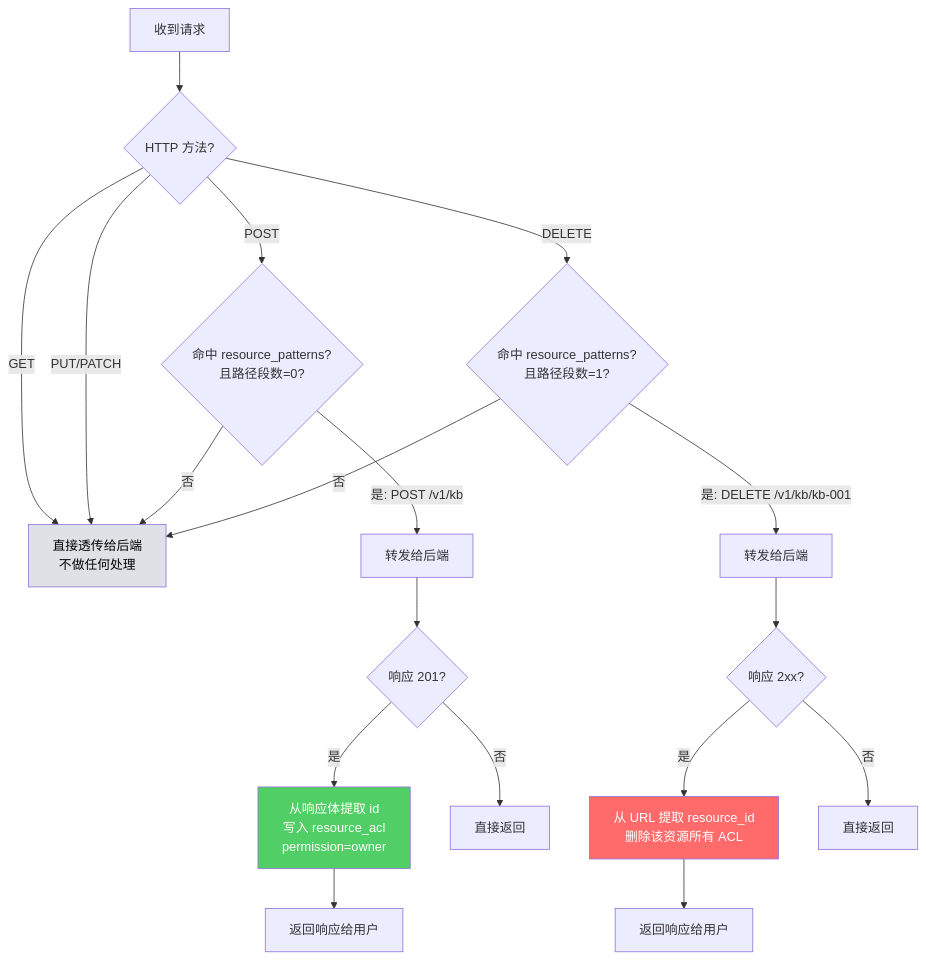
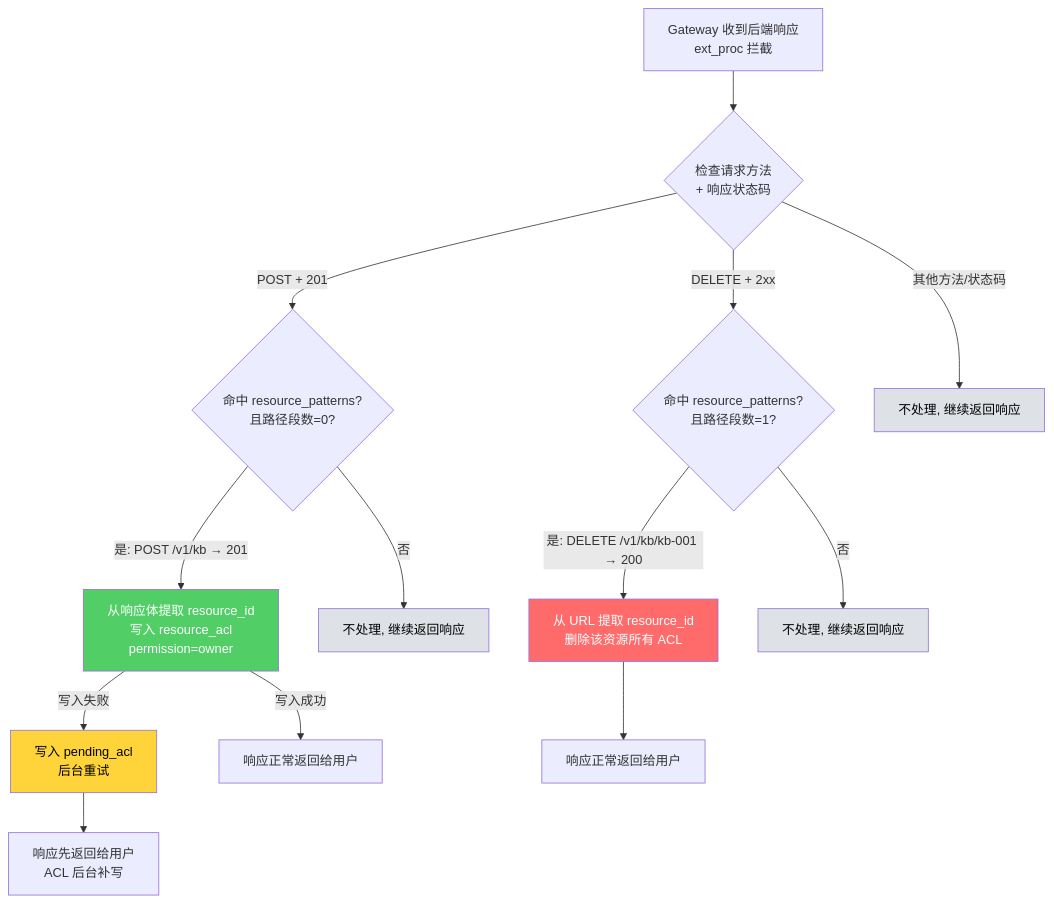
Before and after one commit to xiewanchao/aidp-iam: the seventh of 10 diagrams in diagrams/component-responsibility.md, drawn with Mermaid. The commit also changed other lines of this file and 5 other files, not shown here.

````diff
--- a/diagrams/component-responsibility.md
+++ b/diagrams/component-responsibility.md
@@ -289,28 +327,26 @@
 ```mermaid
 flowchart TD
-    REQ[收到请求] --> METHOD{HTTP 方法?}
+    RESP[Gateway 收到后端响应<br/>ext_proc 拦截] --> CHECK{检查请求方法<br/>+ 响应状态码}
 
-    METHOD -->|GET| FWD1[直接透传给后端<br/>不做任何处理]
-    METHOD -->|PUT/PATCH| FWD1
+    CHECK -->|POST + 201| MATCH_POST{命中 resource_patterns?<br/>且路径段数=0?}
+    MATCH_POST -->|是: POST /v1/kb → 201| CREATE[从响应体提取 resource_id<br/>写入 resource_acl<br/>permission=owner]
+    MATCH_POST -->|否| SKIP1[不处理, 继续返回响应]
 
-    METHOD -->|POST| MATCH_POST{命中 resource_patterns?<br/>且路径段数=0?}
-    MATCH_POST -->|是: POST /v1/kb| FWD2[转发给后端]
-    MATCH_POST -->|否| FWD1
-    FWD2 --> STATUS1{响应 201?}
-    STATUS1 -->|是| CREATE[从响应体提取 id<br/>写入 resource_acl<br/>permission=owner]
-    STATUS1 -->|否| RETURN1[直接返回]
+    CHECK -->|DELETE + 2xx| MATCH_DEL{命中 resource_patterns?<br/>且路径段数=1?}
+    MATCH_DEL -->|是: DELETE /v1/kb/kb-001 → 200| DELETE_ACL[从 URL 提取 resource_id<br/>删除该资源所有 ACL]
+    MATCH_DEL -->|否| SKIP2[不处理, 继续返回响应]
 
-    METHOD -->|DELETE| MATCH_DEL{命中 resource_patterns?<br/>且路径段数=1?}
-    MATCH_DEL -->|是: DELETE /v1/kb/kb-001| FWD3[转发给后端]
-    MATCH_DEL -->|否| FWD1
-    FWD3 --> STATUS2{响应 2xx?}
-    STATUS2 -->|是| DELETE_ACL[从 URL 提取 resource_id<br/>删除该资源所有 ACL]
-    STATUS2 -->|否| RETURN2[直接返回]
+    CHECK -->|其他方法/状态码| SKIP3[不处理, 继续返回响应]
 
-    CREATE --> RETURN3[返回响应给用户]
-    DELETE_ACL --> RETURN4[返回响应给用户]
+    CREATE -->|写入失败| PENDING[写入 pending_acl<br/>后台重试]
+    CREATE -->|写入成功| DONE1[响应正常返回给用户]
+    DELETE_ACL --> DONE2[响应正常返回给用户]
+    PENDING --> DONE3[响应先返回给用户<br/>ACL 后台补写]
 
     style CREATE fill:#51cf66,color:#fff
     style DELETE_ACL fill:#ff6b6b,color:#fff
-    style FWD1 fill:#dee2e6,color:#000
+    style PENDING fill:#ffd43b,color:#000
+    style SKIP1 fill:#dee2e6,color:#000
+    style SKIP2 fill:#dee2e6,color:#000
+    style SKIP3 fill:#dee2e6,color:#000
 ```
````
